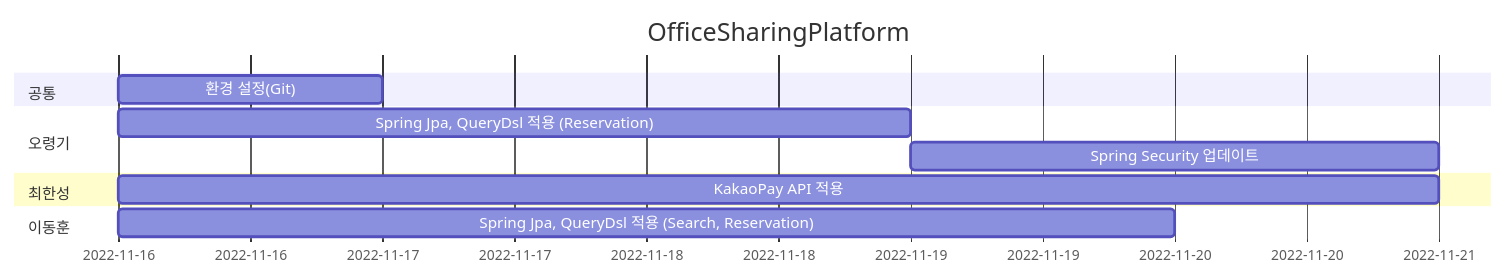
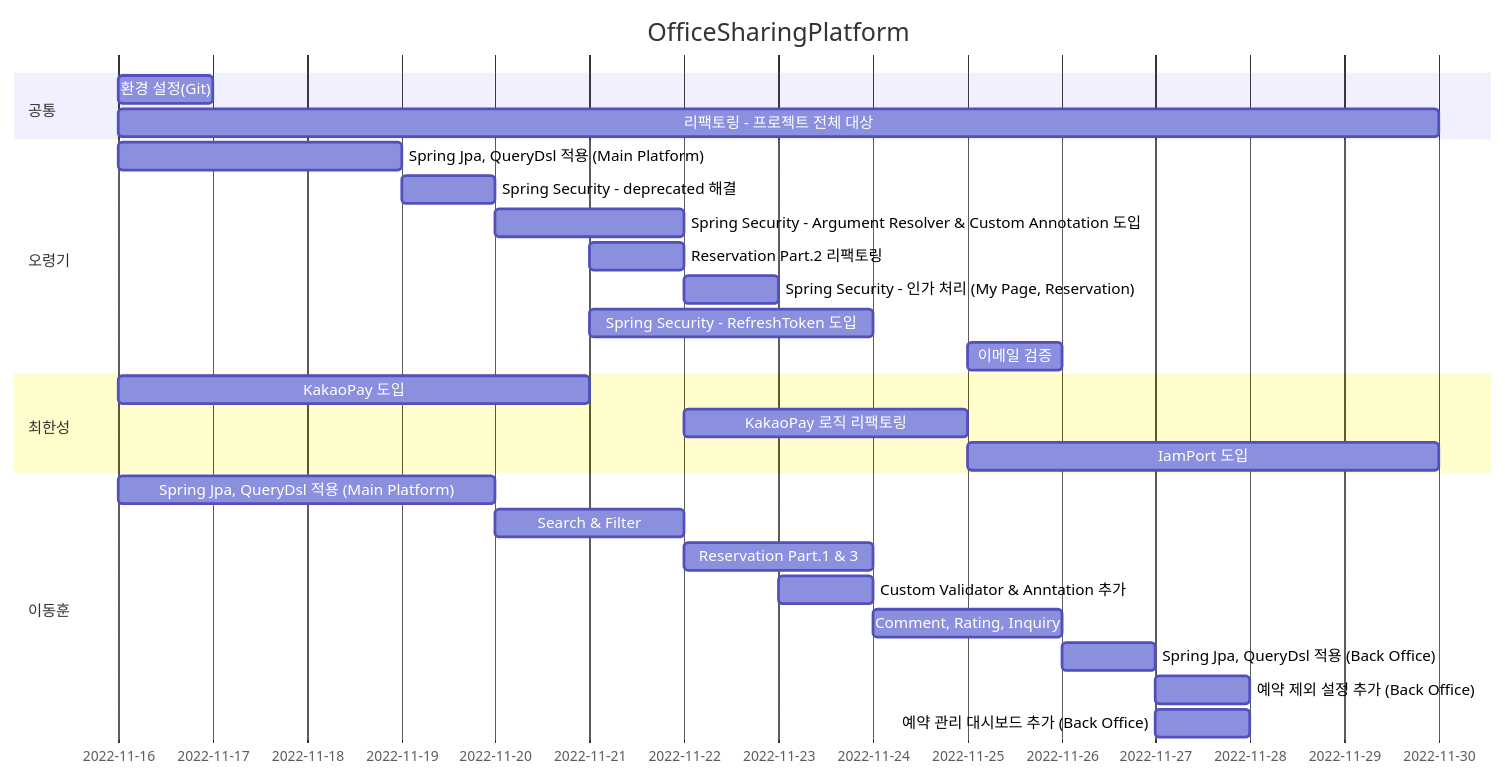
The diagram in README.md (Hell-O-Demon-World/PlaceSharingPlatformBETest), drawn with Mermaid before and after one commit. The commit also changed 2 other files, not shown here.

Commit message:
update : README & SQL

````diff
--- a/README.md
+++ b/README.md
@@ -11,19 +11,34 @@
 ```mermaid
 gantt
 dateFormat MM-DD
 title OfficeSharingPlatform
 
     section 공통
     환경 설정(Git)             :chap1, 11-16, 1d
+    리팩토링 - 프로젝트 전체 대상   :chap2, 11-16, 11-30
 
     section 오령기
-    Spring Jpa, QueryDsl 적용 (Reservation) : chap1, 11-16, 3d
-    Spring Security 업데이트    : chap2, 11-19, 2d
+    Spring Jpa, QueryDsl 적용 (Main Platform)                     : chap1, 11-16, 3d
+    Spring Security - deprecated 해결                             : chap2, 11-19, 1d
+    Spring Security - Argument Resolver & Custom Annotation 도입  : chap3, 11-20, 2d
+    Reservation Part.2 리팩토링                                    : chap4, 11-21, 1d
+    Spring Security -  인가 처리 (My Page, Reservation)            : chap5, 11-22, 1d
+    Spring Security - RefreshToken 도입                           : chap6, 11-21, 3d
+    이메일 검증                                                     : chap7, 11-25, 1d
 
     section 최한성
-    KakaoPay API 적용         : chap1, 11-16, 5d
+    KakaoPay 도입        : chap1, 11-16, 5d
+    KakaoPay 로직 리팩토링 : chap2, 11-22, 3d
+    IamPort 도입         : chap3, 11-25, 5d
     
     section 이동훈
-    Spring Jpa, QueryDsl 적용 (Search, Reservation) : chap1, 11-16, 4d 
+    Spring Jpa, QueryDsl 적용 (Main Platform)       : chap1, 11-16, 4d
+    Search & Filter                                : chap2, 11-20, 2d
+    Reservation Part.1 & 3                         : chap3, 11-22, 2d
+    Custom Validator & Anntation 추가               : chap4, 11-23, 1d
+    Comment, Rating, Inquiry                       : chap5, 11-24, 2d
+    Spring Jpa, QueryDsl 적용 (Back Office)         : chap6, 11-26, 1d
+    예약 제외 설정 추가 (Back Office)                   : chap7, 11-27, 1d
+    예약 관리 대시보드 추가 (Back Office)                 : chap8, 11-27, 1d
 
 ```
````
